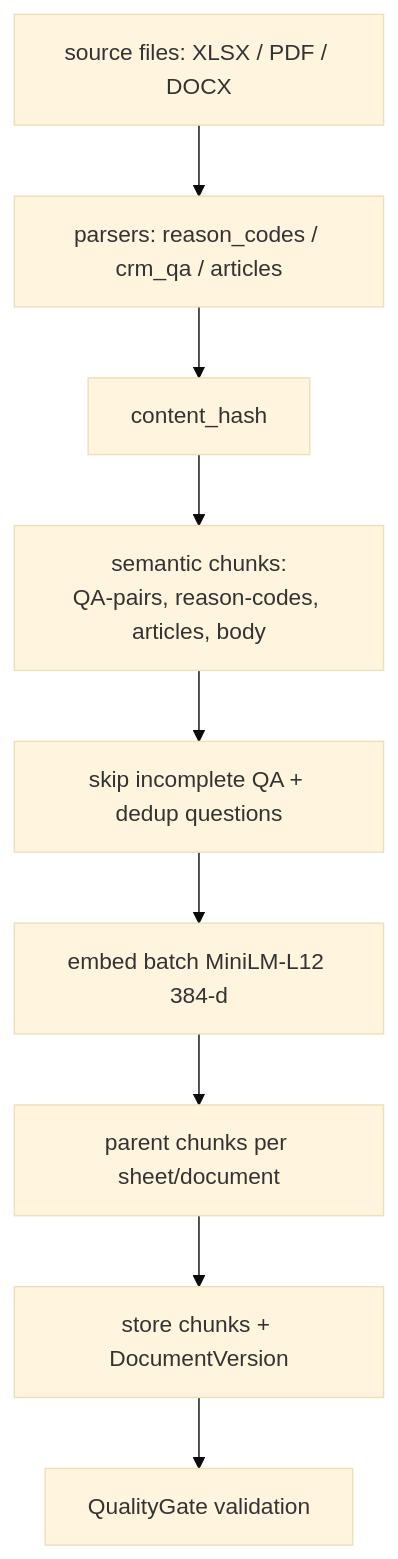
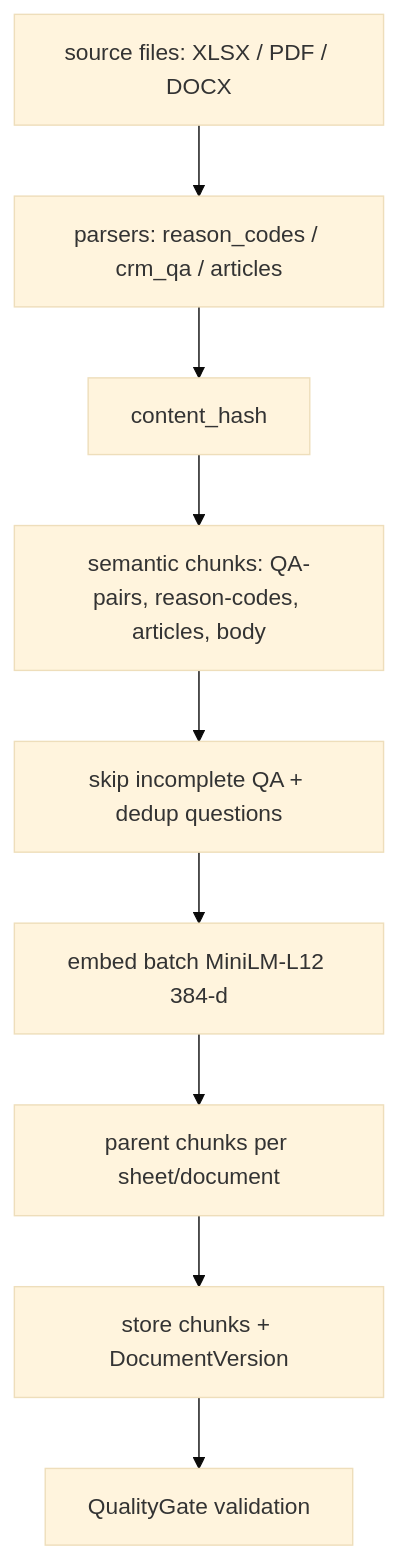
One commit to AliNikkhah2001/Work_RAG-KB changed the third of 3 diagrams in README.md. Above: the diagram before and after it, drawn with Mermaid (base theme). The commit also changed other lines of this file, not shown here.

Commit message:
docs(kb): remove <br/> tags from mermaid diagrams for compilation

````diff
--- a/README.md
+++ b/README.md
@@ -181,11 +181,11 @@
 ```mermaid
 flowchart TD
     SRC[source files: XLSX / PDF / DOCX] --> PARSE[parsers: reason_codes / crm_qa / articles]
     PARSE --> HASH[content_hash]
-    HASH --> CHUNK[semantic chunks:<br/>QA-pairs, reason-codes, articles, body]
+    HASH --> CHUNK[semantic chunks: QA-pairs, reason-codes, articles, body]
     CHUNK --> DEDUP[skip incomplete QA + dedup questions]
     DEDUP --> EMBED[embed batch MiniLM-L12 384-d]
     EMBED --> PARENT[parent chunks per sheet/document]
     PARENT --> STORE[store chunks + DocumentVersion]
     STORE --> GATE[QualityGate validation]
 ```
````
